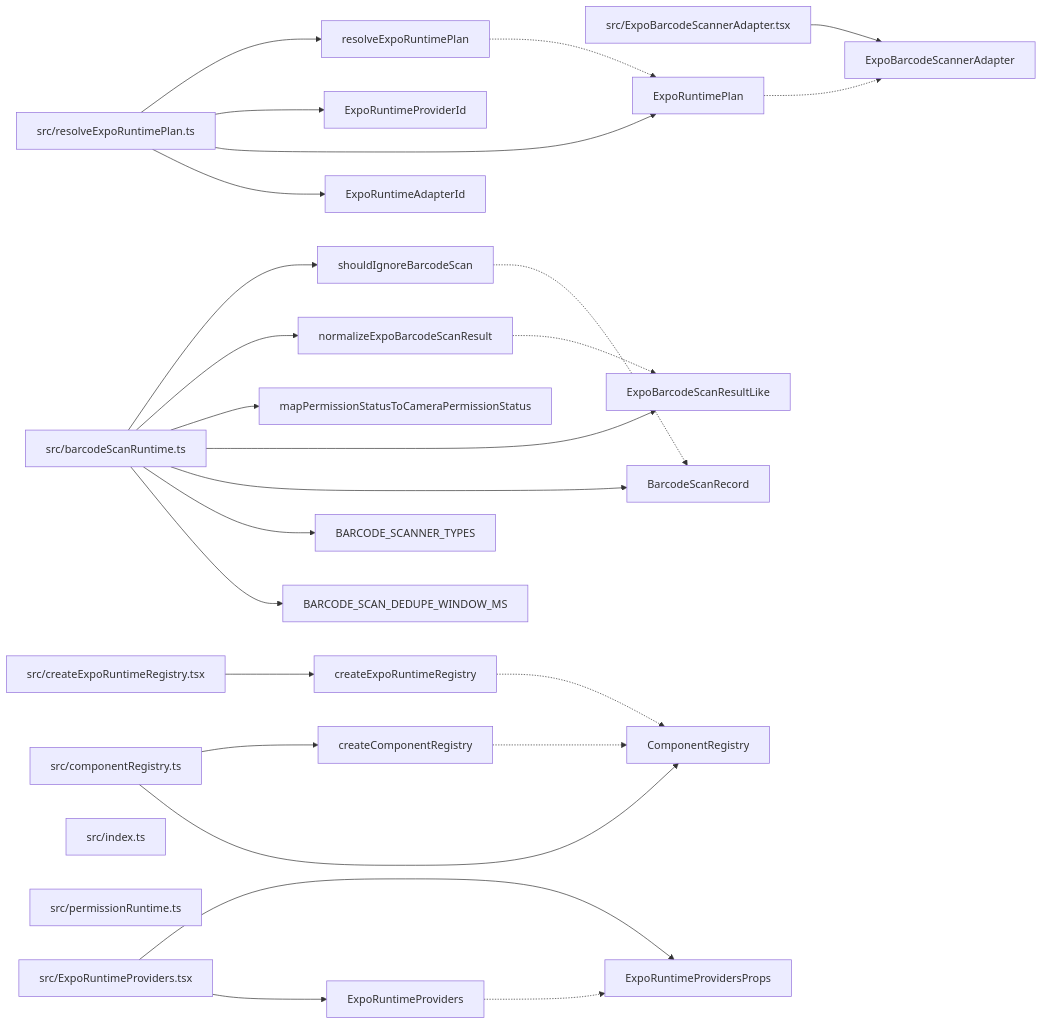
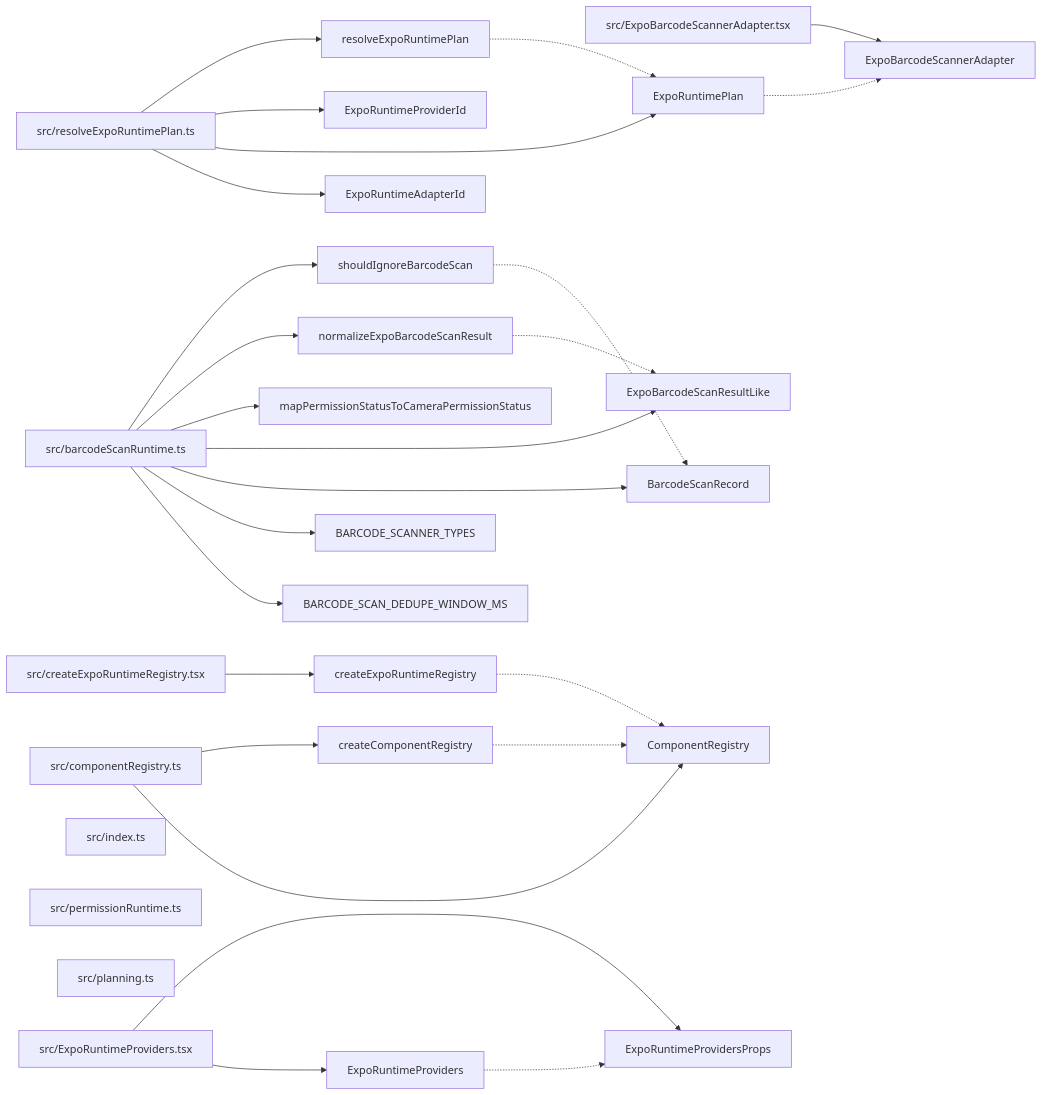
Before and after one commit to ankhorage/expo-runtime: the diagram in paradox/diagrams/export-graph.mmd, drawn with Mermaid. The commit also changed 6 other files, not shown here.

```diff
--- a/paradox/diagrams/export-graph.mmd
+++ b/paradox/diagrams/export-graph.mmd
@@ -1,50 +1,51 @@
 graph LR
   module_src_barcodeScanRuntime_ts["src/barcodeScanRuntime.ts"]
   module_src_componentRegistry_ts["src/componentRegistry.ts"]
   module_src_createExpoRuntimeRegistry_tsx["src/createExpoRuntimeRegistry.tsx"]
   module_src_ExpoBarcodeScannerAdapter_tsx["src/ExpoBarcodeScannerAdapter.tsx"]
   module_src_ExpoRuntimeProviders_tsx["src/ExpoRuntimeProviders.tsx"]
   module_src_index_ts["src/index.ts"]
   module_src_permissionRuntime_ts["src/permissionRuntime.ts"]
+  module_src_planning_ts["src/planning.ts"]
   module_src_resolveExpoRuntimePlan_ts["src/resolveExpoRuntimePlan.ts"]
   export_BARCODE_SCAN_DEDUPE_WINDOW_MS["BARCODE_SCAN_DEDUPE_WINDOW_MS"]
   module_src_barcodeScanRuntime_ts --> export_BARCODE_SCAN_DEDUPE_WINDOW_MS
   export_BARCODE_SCANNER_TYPES["BARCODE_SCANNER_TYPES"]
   module_src_barcodeScanRuntime_ts --> export_BARCODE_SCANNER_TYPES
   export_BarcodeScanRecord["BarcodeScanRecord"]
   module_src_barcodeScanRuntime_ts --> export_BarcodeScanRecord
   export_ComponentRegistry["ComponentRegistry"]
   module_src_componentRegistry_ts --> export_ComponentRegistry
   export_createComponentRegistry["createComponentRegistry"]
   module_src_componentRegistry_ts --> export_createComponentRegistry
   export_createComponentRegistry -.-> export_ComponentRegistry
   export_createExpoRuntimeRegistry["createExpoRuntimeRegistry"]
   module_src_createExpoRuntimeRegistry_tsx --> export_createExpoRuntimeRegistry
   export_createExpoRuntimeRegistry -.-> export_ComponentRegistry
   export_ExpoBarcodeScannerAdapter["ExpoBarcodeScannerAdapter"]
   module_src_ExpoBarcodeScannerAdapter_tsx --> export_ExpoBarcodeScannerAdapter
   export_ExpoBarcodeScanResultLike["ExpoBarcodeScanResultLike"]
   module_src_barcodeScanRuntime_ts --> export_ExpoBarcodeScanResultLike
   export_ExpoRuntimeAdapterId["ExpoRuntimeAdapterId"]
   module_src_resolveExpoRuntimePlan_ts --> export_ExpoRuntimeAdapterId
   export_ExpoRuntimePlan["ExpoRuntimePlan"]
   module_src_resolveExpoRuntimePlan_ts --> export_ExpoRuntimePlan
   export_ExpoRuntimePlan -.-> export_ExpoBarcodeScannerAdapter
   export_ExpoRuntimeProviderId["ExpoRuntimeProviderId"]
   module_src_resolveExpoRuntimePlan_ts --> export_ExpoRuntimeProviderId
   export_ExpoRuntimeProviders["ExpoRuntimeProviders"]
   module_src_ExpoRuntimeProviders_tsx --> export_ExpoRuntimeProviders
   export_ExpoRuntimeProviders -.-> export_ExpoRuntimeProvidersProps
   export_ExpoRuntimeProvidersProps["ExpoRuntimeProvidersProps"]
   module_src_ExpoRuntimeProviders_tsx --> export_ExpoRuntimeProvidersProps
   export_mapPermissionStatusToCameraPermissionStatus["mapPermissionStatusToCameraPermissionStatus"]
   module_src_barcodeScanRuntime_ts --> export_mapPermissionStatusToCameraPermissionStatus
   export_normalizeExpoBarcodeScanResult["normalizeExpoBarcodeScanResult"]
   module_src_barcodeScanRuntime_ts --> export_normalizeExpoBarcodeScanResult
   export_normalizeExpoBarcodeScanResult -.-> export_ExpoBarcodeScanResultLike
   export_resolveExpoRuntimePlan["resolveExpoRuntimePlan"]
   module_src_resolveExpoRuntimePlan_ts --> export_resolveExpoRuntimePlan
   export_resolveExpoRuntimePlan -.-> export_ExpoRuntimePlan
   export_shouldIgnoreBarcodeScan["shouldIgnoreBarcodeScan"]
   module_src_barcodeScanRuntime_ts --> export_shouldIgnoreBarcodeScan
   export_shouldIgnoreBarcodeScan -.-> export_BarcodeScanRecord
```
